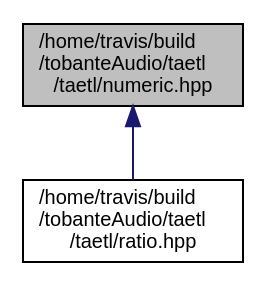
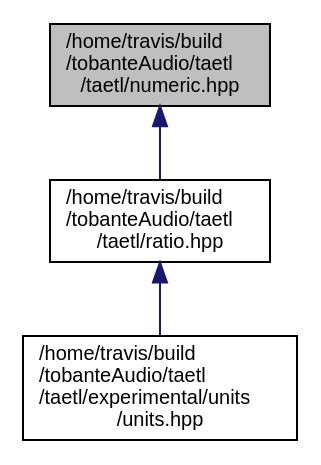
Before and after one commit to tobanteAudio/taetl: the diagram in numeric_8hpp__dep__incl.dot, drawn with Graphviz. The commit also changed 29 other files, not shown here.

Commit message:
Deploy tobanteAudio/taetl to github.com/tobanteAudio/taetl.git:gh-pages

```diff
--- a/numeric_8hpp__dep__incl.dot
+++ b/numeric_8hpp__dep__incl.dot
@@ -1,8 +1,10 @@
 digraph "/home/travis/build/tobanteAudio/taetl/taetl/numeric.hpp"
 {
   edge [fontname="Helvetica",fontsize="10",labelfontname="Helvetica",labelfontsize="10"];
   node [fontname="Helvetica",fontsize="10",shape=record];
   Node8 [label="/home/travis/build\l/tobanteAudio/taetl\l/taetl/numeric.hpp",height=0.2,width=0.4,color="black", fillcolor="grey75", style="filled", fontcolor="black"];
   Node8 -> Node9 [dir="back",color="midnightblue",fontsize="10",style="solid",fontname="Helvetica"];
   Node9 [label="/home/travis/build\l/tobanteAudio/taetl\l/taetl/ratio.hpp",height=0.2,width=0.4,color="black", fillcolor="white", style="filled",URL="$ratio_8hpp.html"];
+  Node9 -> Node10 [dir="back",color="midnightblue",fontsize="10",style="solid",fontname="Helvetica"];
+  Node10 [label="/home/travis/build\l/tobanteAudio/taetl\l/taetl/experimental/units\l/units.hpp",height=0.2,width=0.4,color="black", fillcolor="white", style="filled",URL="$units_8hpp.html"];
 }
```
